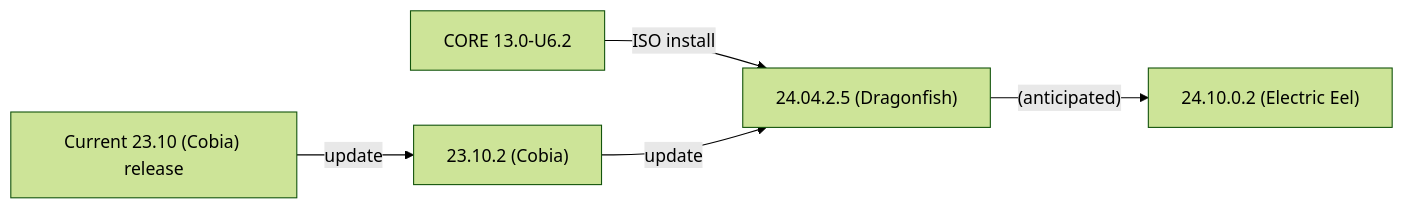
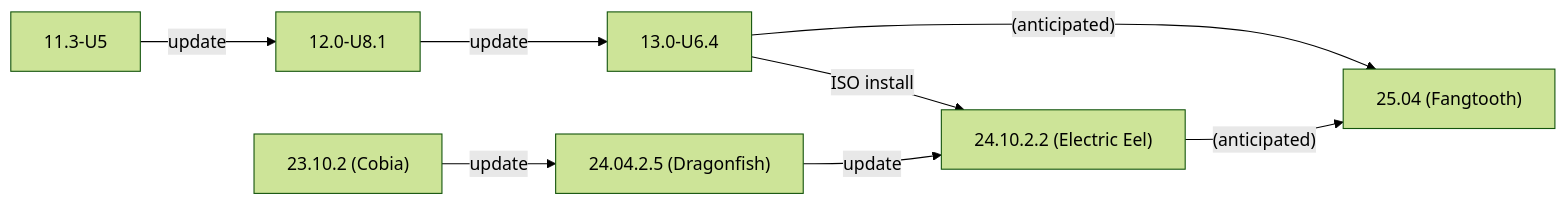
One commit to truenas/documentation changed the second of 2 diagrams in static/includes/SCALEUpgradePaths.md. Above: the diagram before and after it, drawn with Mermaid (forest theme). The commit also changed other lines of this file, not shown here.

```diff
--- a/static/includes/SCALEUpgradePaths.md
+++ b/static/includes/SCALEUpgradePaths.md
@@ -30,8 +34,11 @@
           {{< mermaid class="mermaid_sizing" >}}
           flowchart LR
-            A["CORE 13.0-U6.2"] -->|ISO install| D
-            B["Current 23.10 (Cobia) release"] -->|update| C
-            C["23.10.2 (Cobia)"] -->|update| D
-            D["24.04.2.5 (Dragonfish)"]  -->|"(anticipated)"| E
-            E["24.10.0.2 (Electric Eel)"]
+            A["11.3-U5"] -->|update| B
+            B["12.0-U8.1"] -->|update| C
+            C["13.0-U6.4"] -->|ISO install| F
+            C["13.0-U6.4"] -->|"(anticipated)"| G
+            D["23.10.2 (Cobia)"] -->|update| E
+            E["24.04.2.5 (Dragonfish)"]  -->|update| F
+            F["24.10.2.2 (Electric Eel)"] -->|"(anticipated)"| G
+            G["25.04 (Fangtooth)"]
           {{< /mermaid >}}
```
